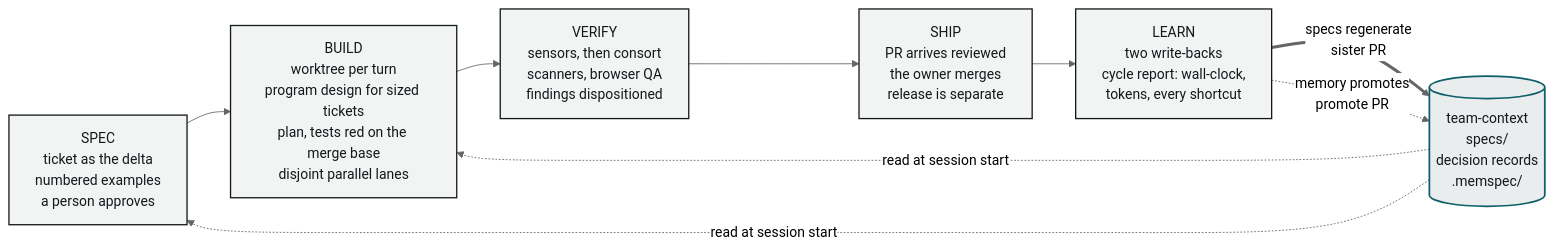
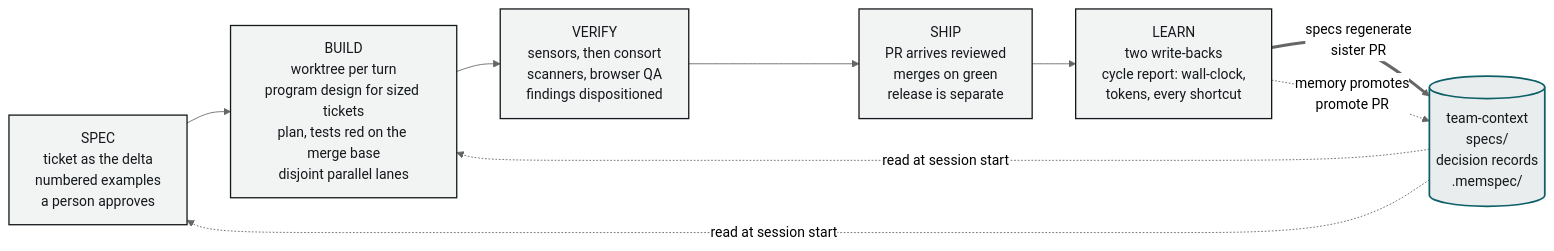
One commit to siimvene/software-factory changed the diagram in docs/02-loop.md. Above: the diagram before and after it, drawn with Mermaid (neutral theme). The commit also changed other lines of this file and 18 other files, not shown here.

````diff
--- a/docs/02-loop.md
+++ b/docs/02-loop.md
@@ -7,20 +7,20 @@
 ```mermaid
 flowchart LR
     SPEC["SPEC<br/>ticket as the delta<br/>numbered examples<br/>a person approves"]
     BUILD["BUILD<br/>worktree per turn<br/>program design for sized tickets<br/>plan, tests red on the merge base<br/>disjoint parallel lanes"]
     VERIFY["VERIFY<br/>sensors, then consort<br/>scanners, browser QA<br/>findings dispositioned"]
-    SHIP["SHIP<br/>PR arrives reviewed<br/>the owner merges<br/>release is separate"]
+    SHIP["SHIP<br/>PR arrives reviewed<br/>merges on green<br/>release is separate"]
     LEARN["LEARN<br/>two write-backs<br/>cycle report: wall-clock,<br/>tokens, every shortcut"]
     HUB[("team-context<br/>specs/<br/>decision records<br/>.memspec/")]
 
     SPEC --> BUILD --> VERIFY --> SHIP --> LEARN
     LEARN == "specs regenerate<br/>sister PR" ==> HUB
     LEARN -. "memory promotes<br/>promote PR" .-> HUB
     HUB -. "read at session start" .-> SPEC
     HUB -. "read at session start" .-> BUILD
 
     classDef stage fill:#f2f4f4,stroke:#14181b,stroke-width:1.5px,color:#14181b;
     classDef hub fill:#e9eded,stroke:#0d5f68,stroke-width:2px,color:#14181b;
     class SPEC,BUILD,VERIFY,SHIP,LEARN stage;
     class HUB hub;
 ```
````
